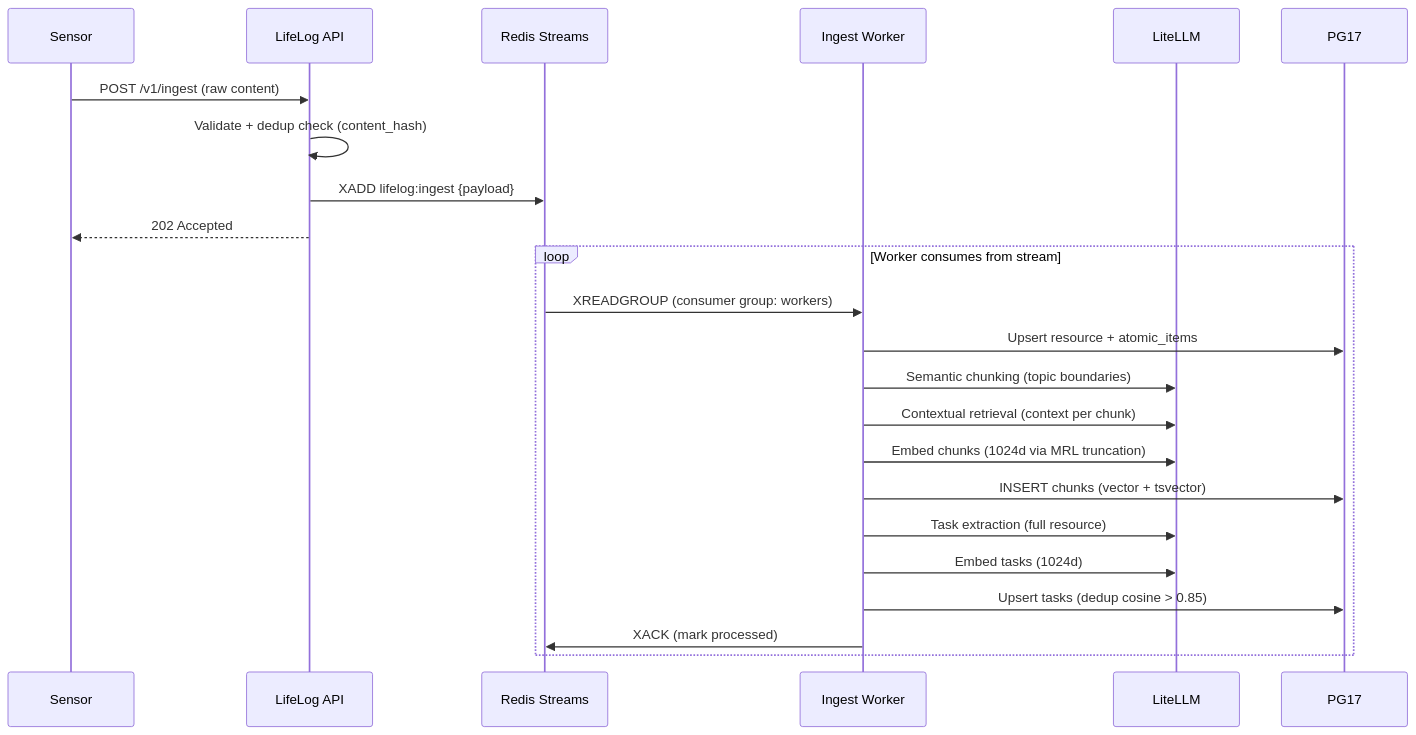
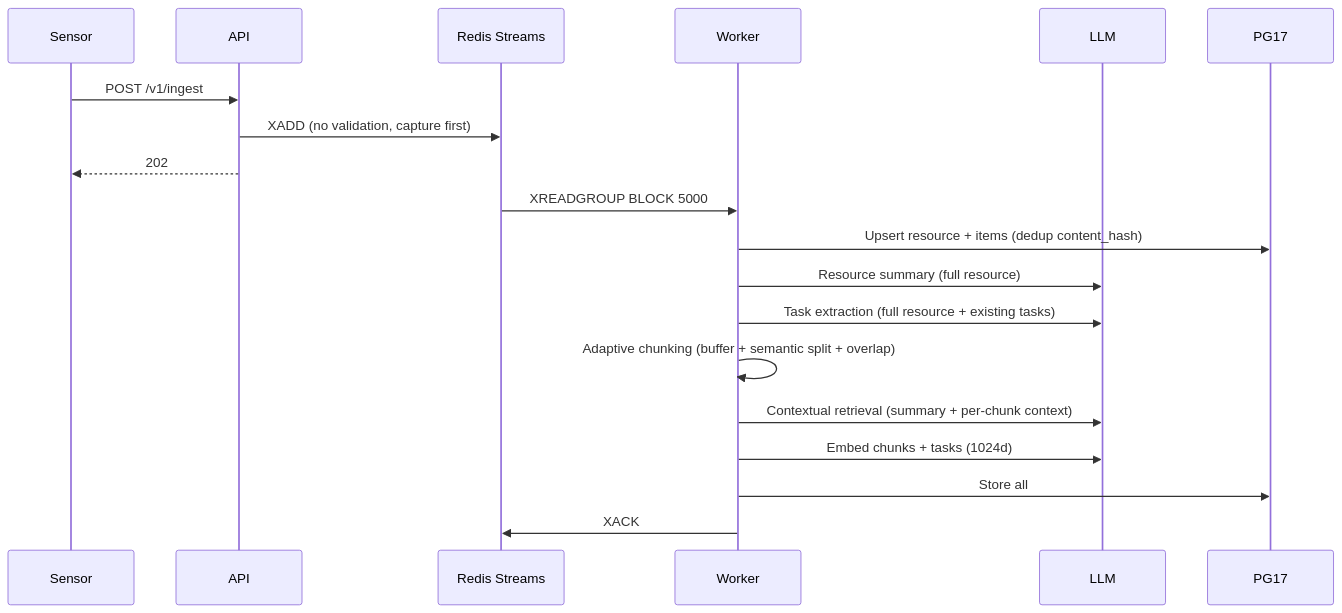
Before and after one commit to MichaelBui/AgentZero: the third of 3 diagrams in LifeLog.md, drawn with Mermaid. The commit also changed other lines of this file and 2 other files, not shown here.

````diff
--- a/LifeLog.md
+++ b/LifeLog.md
@@ -277,27 +120,23 @@
 ```mermaid
 sequenceDiagram
-    participant Sensor
-    participant API as LifeLog API
-    participant Queue as Redis Streams
-    participant Worker as Ingest Worker
-    participant LLM as LiteLLM
-    participant PG as PG17
+    participant S as Sensor
+    participant A as API
+    participant Q as Redis Streams
+    participant W as Worker
+    participant L as LLM
+    participant P as PG17
 
-    Sensor->>API: POST /v1/ingest (raw content)
-    API->>API: Validate + dedup check (content_hash)
-    API->>Queue: XADD lifelog:ingest {payload}
-    API-->>Sensor: 202 Accepted
+    S->>A: POST /v1/ingest
+    A->>Q: XADD (no validation, capture first)
+    A-->>S: 202
 
-    loop Worker consumes from stream
-        Queue->>Worker: XREADGROUP (consumer group: workers)
-        Worker->>PG: Upsert resource + atomic_items
-        Worker->>LLM: Semantic chunking (topic boundaries)
-        Worker->>LLM: Contextual retrieval (context per chunk)
-        Worker->>LLM: Embed chunks (1024d via MRL truncation)
-        Worker->>PG: INSERT chunks (vector + tsvector)
-        Worker->>LLM: Task extraction (full resource)
-        Worker->>LLM: Embed tasks (1024d)
-        Worker->>PG: Upsert tasks (dedup cosine > 0.85)
-        Worker->>Queue: XACK (mark processed)
-    end
+    Q->>W: XREADGROUP BLOCK 5000
+    W->>P: Upsert resource + items (dedup content_hash)
+    W->>L: Resource summary (full resource)
+    W->>L: Task extraction (full resource + existing tasks)
+    W->>W: Adaptive chunking (buffer + semantic split + overlap)
+    W->>L: Contextual retrieval (summary + per-chunk context)
+    W->>L: Embed chunks + tasks (1024d)
+    W->>P: Store all
+    W->>Q: XACK
 ```
````
